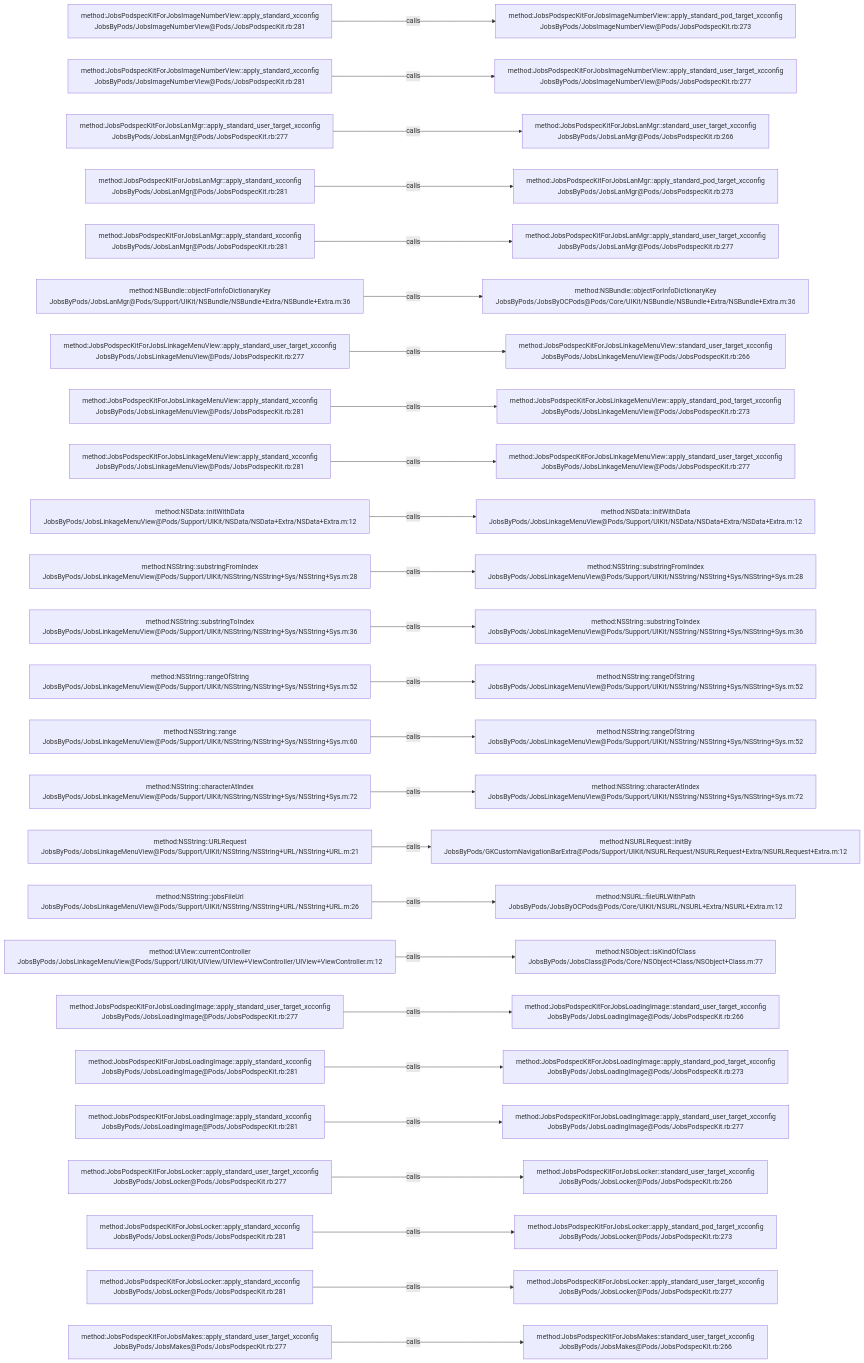
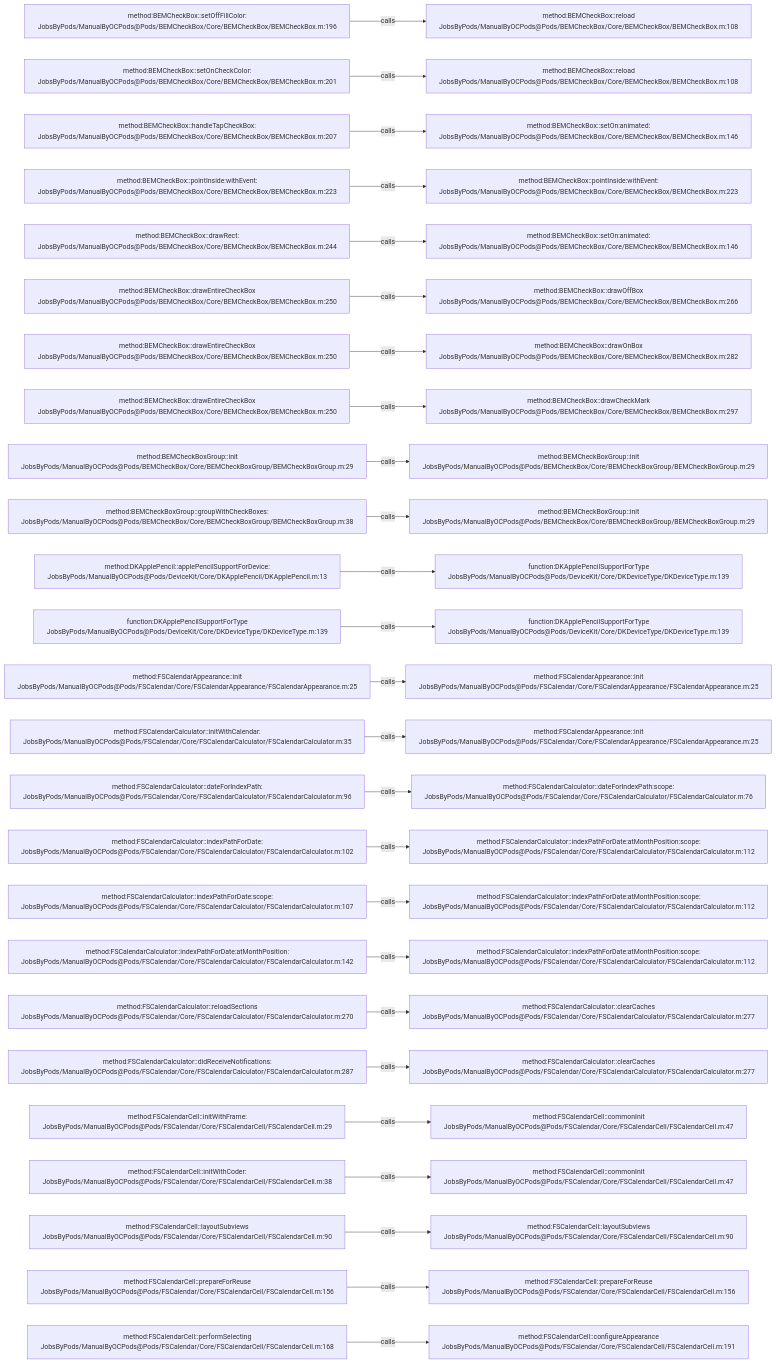
The diagram in .codegraph/codegraph.md/graphs/calls-009.md (JobsKits/JobsOCBaseConfigDemo), drawn with Mermaid before and after one commit. The commit also changed 1448 other files, not shown here.

````diff
--- a/.codegraph/codegraph.md/graphs/calls-009.md
+++ b/.codegraph/codegraph.md/graphs/calls-009.md
@@ -13,78 +13,78 @@
 ```mermaid
 flowchart LR
-  S1["method:JobsPodspecKitForJobsImageNumberView::apply_standard_xcconfig<br/>JobsByPods/JobsImageNumberView@Pods/JobsPodspecKit.rb:281"]
-  T1["method:JobsPodspecKitForJobsImageNumberView::apply_standard_pod_target_xcconfig<br/>JobsByPods/JobsImageNumberView@Pods/JobsPodspecKit.rb:273"]
+  S1["method:BEMCheckBox::setOffFillColor:<br/>JobsByPods/ManualByOCPods@Pods/BEMCheckBox/Core/BEMCheckBox/BEMCheckBox.m:196"]
+  T1["method:BEMCheckBox::reload<br/>JobsByPods/ManualByOCPods@Pods/BEMCheckBox/Core/BEMCheckBox/BEMCheckBox.m:108"]
   S1 -->|calls| T1
-  S2["method:JobsPodspecKitForJobsImageNumberView::apply_standard_xcconfig<br/>JobsByPods/JobsImageNumberView@Pods/JobsPodspecKit.rb:281"]
-  T2["method:JobsPodspecKitForJobsImageNumberView::apply_standard_user_target_xcconfig<br/>JobsByPods/JobsImageNumberView@Pods/JobsPodspecKit.rb:277"]
+  S2["method:BEMCheckBox::setOnCheckColor:<br/>JobsByPods/ManualByOCPods@Pods/BEMCheckBox/Core/BEMCheckBox/BEMCheckBox.m:201"]
+  T2["method:BEMCheckBox::reload<br/>JobsByPods/ManualByOCPods@Pods/BEMCheckBox/Core/BEMCheckBox/BEMCheckBox.m:108"]
   S2 -->|calls| T2
-  S3["method:JobsPodspecKitForJobsLanMgr::apply_standard_user_target_xcconfig<br/>JobsByPods/JobsLanMgr@Pods/JobsPodspecKit.rb:277"]
-  T3["method:JobsPodspecKitForJobsLanMgr::standard_user_target_xcconfig<br/>JobsByPods/JobsLanMgr@Pods/JobsPodspecKit.rb:266"]
+  S3["method:BEMCheckBox::handleTapCheckBox:<br/>JobsByPods/ManualByOCPods@Pods/BEMCheckBox/Core/BEMCheckBox/BEMCheckBox.m:207"]
+  T3["method:BEMCheckBox::setOn:animated:<br/>JobsByPods/ManualByOCPods@Pods/BEMCheckBox/Core/BEMCheckBox/BEMCheckBox.m:146"]
   S3 -->|calls| T3
-  S4["method:JobsPodspecKitForJobsLanMgr::apply_standard_xcconfig<br/>JobsByPods/JobsLanMgr@Pods/JobsPodspecKit.rb:281"]
-  T4["method:JobsPodspecKitForJobsLanMgr::apply_standard_pod_target_xcconfig<br/>JobsByPods/JobsLanMgr@Pods/JobsPodspecKit.rb:273"]
+  S4["method:BEMCheckBox::pointInside:withEvent:<br/>JobsByPods/ManualByOCPods@Pods/BEMCheckBox/Core/BEMCheckBox/BEMCheckBox.m:223"]
+  T4["method:BEMCheckBox::pointInside:withEvent:<br/>JobsByPods/ManualByOCPods@Pods/BEMCheckBox/Core/BEMCheckBox/BEMCheckBox.m:223"]
   S4 -->|calls| T4
-  S5["method:JobsPodspecKitForJobsLanMgr::apply_standard_xcconfig<br/>JobsByPods/JobsLanMgr@Pods/JobsPodspecKit.rb:281"]
-  T5["method:JobsPodspecKitForJobsLanMgr::apply_standard_user_target_xcconfig<br/>JobsByPods/JobsLanMgr@Pods/JobsPodspecKit.rb:277"]
+  S5["method:BEMCheckBox::drawRect:<br/>JobsByPods/ManualByOCPods@Pods/BEMCheckBox/Core/BEMCheckBox/BEMCheckBox.m:244"]
+  T5["method:BEMCheckBox::setOn:animated:<br/>JobsByPods/ManualByOCPods@Pods/BEMCheckBox/Core/BEMCheckBox/BEMCheckBox.m:146"]
   S5 -->|calls| T5
-  S6["method:NSBundle::objectForInfoDictionaryKey<br/>JobsByPods/JobsLanMgr@Pods/Support/UIKit/NSBundle/NSBundle+Extra/NSBundle+Extra.m:36"]
-  T6["method:NSBundle::objectForInfoDictionaryKey<br/>JobsByPods/JobsByOCPods@Pods/Core/UIKit/NSBundle/NSBundle+Extra/NSBundle+Extra.m:36"]
+  S6["method:BEMCheckBox::drawEntireCheckBox<br/>JobsByPods/ManualByOCPods@Pods/BEMCheckBox/Core/BEMCheckBox/BEMCheckBox.m:250"]
+  T6["method:BEMCheckBox::drawOffBox<br/>JobsByPods/ManualByOCPods@Pods/BEMCheckBox/Core/BEMCheckBox/BEMCheckBox.m:266"]
   S6 -->|calls| T6
-  S7["method:JobsPodspecKitForJobsLinkageMenuView::apply_standard_user_target_xcconfig<br/>JobsByPods/JobsLinkageMenuView@Pods/JobsPodspecKit.rb:277"]
-  T7["method:JobsPodspecKitForJobsLinkageMenuView::standard_user_target_xcconfig<br/>JobsByPods/JobsLinkageMenuView@Pods/JobsPodspecKit.rb:266"]
+  S7["method:BEMCheckBox::drawEntireCheckBox<br/>JobsByPods/ManualByOCPods@Pods/BEMCheckBox/Core/BEMCheckBox/BEMCheckBox.m:250"]
+  T7["method:BEMCheckBox::drawOnBox<br/>JobsByPods/ManualByOCPods@Pods/BEMCheckBox/Core/BEMCheckBox/BEMCheckBox.m:282"]
   S7 -->|calls| T7
-  S8["method:JobsPodspecKitForJobsLinkageMenuView::apply_standard_xcconfig<br/>JobsByPods/JobsLinkageMenuView@Pods/JobsPodspecKit.rb:281"]
-  T8["method:JobsPodspecKitForJobsLinkageMenuView::apply_standard_pod_target_xcconfig<br/>JobsByPods/JobsLinkageMenuView@Pods/JobsPodspecKit.rb:273"]
+  S8["method:BEMCheckBox::drawEntireCheckBox<br/>JobsByPods/ManualByOCPods@Pods/BEMCheckBox/Core/BEMCheckBox/BEMCheckBox.m:250"]
+  T8["method:BEMCheckBox::drawCheckMark<br/>JobsByPods/ManualByOCPods@Pods/BEMCheckBox/Core/BEMCheckBox/BEMCheckBox.m:297"]
   S8 -->|calls| T8
-  S9["method:JobsPodspecKitForJobsLinkageMenuView::apply_standard_xcconfig<br/>JobsByPods/JobsLinkageMenuView@Pods/JobsPodspecKit.rb:281"]
-  T9["method:JobsPodspecKitForJobsLinkageMenuView::apply_standard_user_target_xcconfig<br/>JobsByPods/JobsLinkageMenuView@Pods/JobsPodspecKit.rb:277"]
+  S9["method:BEMCheckBoxGroup::init<br/>JobsByPods/ManualByOCPods@Pods/BEMCheckBox/Core/BEMCheckBoxGroup/BEMCheckBoxGroup.m:29"]
+  T9["method:BEMCheckBoxGroup::init<br/>JobsByPods/ManualByOCPods@Pods/BEMCheckBox/Core/BEMCheckBoxGroup/BEMCheckBoxGroup.m:29"]
   S9 -->|calls| T9
-  S10["method:NSData::initWithData<br/>JobsByPods/JobsLinkageMenuView@Pods/Support/UIKit/NSData/NSData+Extra/NSData+Extra.m:12"]
-  T10["method:NSData::initWithData<br/>JobsByPods/JobsLinkageMenuView@Pods/Support/UIKit/NSData/NSData+Extra/NSData+Extra.m:12"]
+  S10["method:BEMCheckBoxGroup::groupWithCheckBoxes:<br/>JobsByPods/ManualByOCPods@Pods/BEMCheckBox/Core/BEMCheckBoxGroup/BEMCheckBoxGroup.m:38"]
+  T10["method:BEMCheckBoxGroup::init<br/>JobsByPods/ManualByOCPods@Pods/BEMCheckBox/Core/BEMCheckBoxGroup/BEMCheckBoxGroup.m:29"]
   S10 -->|calls| T10
-  S11["method:NSString::substringFromIndex<br/>JobsByPods/JobsLinkageMenuView@Pods/Support/UIKit/NSString/NSString+Sys/NSString+Sys.m:28"]
-  T11["method:NSString::substringFromIndex<br/>JobsByPods/JobsLinkageMenuView@Pods/Support/UIKit/NSString/NSString+Sys/NSString+Sys.m:28"]
+  S11["method:DKApplePencil::applePencilSupportForDevice:<br/>JobsByPods/ManualByOCPods@Pods/DeviceKit/Core/DKApplePencil/DKApplePencil.m:13"]
+  T11["function:DKApplePencilSupportForType<br/>JobsByPods/ManualByOCPods@Pods/DeviceKit/Core/DKDeviceType/DKDeviceType.m:139"]
   S11 -->|calls| T11
-  S12["method:NSString::substringToIndex<br/>JobsByPods/JobsLinkageMenuView@Pods/Support/UIKit/NSString/NSString+Sys/NSString+Sys.m:36"]
-  T12["method:NSString::substringToIndex<br/>JobsByPods/JobsLinkageMenuView@Pods/Support/UIKit/NSString/NSString+Sys/NSString+Sys.m:36"]
+  S12["function:DKApplePencilSupportForType<br/>JobsByPods/ManualByOCPods@Pods/DeviceKit/Core/DKDeviceType/DKDeviceType.m:139"]
+  T12["function:DKApplePencilSupportForType<br/>JobsByPods/ManualByOCPods@Pods/DeviceKit/Core/DKDeviceType/DKDeviceType.m:139"]
   S12 -->|calls| T12
-  S13["method:NSString::rangeOfString<br/>JobsByPods/JobsLinkageMenuView@Pods/Support/UIKit/NSString/NSString+Sys/NSString+Sys.m:52"]
-  T13["method:NSString::rangeOfString<br/>JobsByPods/JobsLinkageMenuView@Pods/Support/UIKit/NSString/NSString+Sys/NSString+Sys.m:52"]
+  S13["method:FSCalendarAppearance::init<br/>JobsByPods/ManualByOCPods@Pods/FSCalendar/Core/FSCalendarAppearance/FSCalendarAppearance.m:25"]
+  T13["method:FSCalendarAppearance::init<br/>JobsByPods/ManualByOCPods@Pods/FSCalendar/Core/FSCalendarAppearance/FSCalendarAppearance.m:25"]
   S13 -->|calls| T13
-  S14["method:NSString::range<br/>JobsByPods/JobsLinkageMenuView@Pods/Support/UIKit/NSString/NSString+Sys/NSString+Sys.m:60"]
-  T14["method:NSString::rangeOfString<br/>JobsByPods/JobsLinkageMenuView@Pods/Support/UIKit/NSString/NSString+Sys/NSString+Sys.m:52"]
+  S14["method:FSCalendarCalculator::initWithCalendar:<br/>JobsByPods/ManualByOCPods@Pods/FSCalendar/Core/FSCalendarCalculator/FSCalendarCalculator.m:35"]
+  T14["method:FSCalendarAppearance::init<br/>JobsByPods/ManualByOCPods@Pods/FSCalendar/Core/FSCalendarAppearance/FSCalendarAppearance.m:25"]
   S14 -->|calls| T14
-  S15["method:NSString::characterAtIndex<br/>JobsByPods/JobsLinkageMenuView@Pods/Support/UIKit/NSString/NSString+Sys/NSString+Sys.m:72"]
-  T15["method:NSString::characterAtIndex<br/>JobsByPods/JobsLinkageMenuView@Pods/Support/UIKit/NSString/NSString+Sys/NSString+Sys.m:72"]
+  S15["method:FSCalendarCalculator::dateForIndexPath:<br/>JobsByPods/ManualByOCPods@Pods/FSCalendar/Core/FSCalendarCalculator/FSCalendarCalculator.m:96"]
+  T15["method:FSCalendarCalculator::dateForIndexPath:scope:<br/>JobsByPods/ManualByOCPods@Pods/FSCalendar/Core/FSCalendarCalculator/FSCalendarCalculator.m:76"]
   S15 -->|calls| T15
-  S16["method:NSString::URLRequest<br/>JobsByPods/JobsLinkageMenuView@Pods/Support/UIKit/NSString/NSString+URL/NSString+URL.m:21"]
-  T16["method:NSURLRequest::initBy<br/>JobsByPods/GKCustomNavigationBarExtra@Pods/Support/UIKit/NSURLRequest/NSURLRequest+Extra/NSURLRequest+Extra.m:12"]
+  S16["method:FSCalendarCalculator::indexPathForDate:<br/>JobsByPods/ManualByOCPods@Pods/FSCalendar/Core/FSCalendarCalculator/FSCalendarCalculator.m:102"]
+  T16["method:FSCalendarCalculator::indexPathForDate:atMonthPosition:scope:<br/>JobsByPods/ManualByOCPods@Pods/FSCalendar/Core/FSCalendarCalculator/FSCalendarCalculator.m:112"]
   S16 -->|calls| T16
-  S17["method:NSString::jobsFileUrl<br/>JobsByPods/JobsLinkageMenuView@Pods/Support/UIKit/NSString/NSString+URL/NSString+URL.m:26"]
-  T17["method:NSURL::fileURLWithPath<br/>JobsByPods/JobsByOCPods@Pods/Core/UIKit/NSURL/NSURL+Extra/NSURL+Extra.m:12"]
+  S17["method:FSCalendarCalculator::indexPathForDate:scope:<br/>JobsByPods/ManualByOCPods@Pods/FSCalendar/Core/FSCalendarCalculator/FSCalendarCalculator.m:107"]
+  T17["method:FSCalendarCalculator::indexPathForDate:atMonthPosition:scope:<br/>JobsByPods/ManualByOCPods@Pods/FSCalendar/Core/FSCalendarCalculator/FSCalendarCalculator.m:112"]
   S17 -->|calls| T17
-  S18["method:UIView::currentController<br/>JobsByPods/JobsLinkageMenuView@Pods/Support/UIKit/UIView/UIView+ViewController/UIView+ViewController.m:12"]
-  T18["method:NSObject::isKindOfClass<br/>JobsByPods/JobsClass@Pods/Core/NSObject+Class/NSObject+Class.m:77"]
+  S18["method:FSCalendarCalculator::indexPathForDate:atMonthPosition:<br/>JobsByPods/ManualByOCPods@Pods/FSCalendar/Core/FSCalendarCalculator/FSCalendarCalculator.m:142"]
+  T18["method:FSCalendarCalculator::indexPathForDate:atMonthPosition:scope:<br/>JobsByPods/ManualByOCPods@Pods/FSCalendar/Core/FSCalendarCalculator/FSCalendarCalculator.m:112"]
   S18 -->|calls| T18
-  S19["method:JobsPodspecKitForJobsLoadingImage::apply_standard_user_target_xcconfig<br/>JobsByPods/JobsLoadingImage@Pods/JobsPodspecKit.rb:277"]
-  T19["method:JobsPodspecKitForJobsLoadingImage::standard_user_target_xcconfig<br/>JobsByPods/JobsLoadingImage@Pods/JobsPodspecKit.rb:266"]
+  S19["method:FSCalendarCalculator::reloadSections<br/>JobsByPods/ManualByOCPods@Pods/FSCalendar/Core/FSCalendarCalculator/FSCalendarCalculator.m:270"]
+  T19["method:FSCalendarCalculator::clearCaches<br/>JobsByPods/ManualByOCPods@Pods/FSCalendar/Core/FSCalendarCalculator/FSCalendarCalculator.m:277"]
   S19 -->|calls| T19
-  S20["method:JobsPodspecKitForJobsLoadingImage::apply_standard_xcconfig<br/>JobsByPods/JobsLoadingImage@Pods/JobsPodspecKit.rb:281"]
-  T20["method:JobsPodspecKitForJobsLoadingImage::apply_standard_pod_target_xcconfig<br/>JobsByPods/JobsLoadingImage@Pods/JobsPodspecKit.rb:273"]
+  S20["method:FSCalendarCalculator::didReceiveNotifications:<br/>JobsByPods/ManualByOCPods@Pods/FSCalendar/Core/FSCalendarCalculator/FSCalendarCalculator.m:287"]
+  T20["method:FSCalendarCalculator::clearCaches<br/>JobsByPods/ManualByOCPods@Pods/FSCalendar/Core/FSCalendarCalculator/FSCalendarCalculator.m:277"]
   S20 -->|calls| T20
-  S21["method:JobsPodspecKitForJobsLoadingImage::apply_standard_xcconfig<br/>JobsByPods/JobsLoadingImage@Pods/JobsPodspecKit.rb:281"]
-  T21["method:JobsPodspecKitForJobsLoadingImage::apply_standard_user_target_xcconfig<br/>JobsByPods/JobsLoadingImage@Pods/JobsPodspecKit.rb:277"]
+  S21["method:FSCalendarCell::initWithFrame:<br/>JobsByPods/ManualByOCPods@Pods/FSCalendar/Core/FSCalendarCell/FSCalendarCell.m:29"]
+  T21["method:FSCalendarCell::commonInit<br/>JobsByPods/ManualByOCPods@Pods/FSCalendar/Core/FSCalendarCell/FSCalendarCell.m:47"]
   S21 -->|calls| T21
-  S22["method:JobsPodspecKitForJobsLocker::apply_standard_user_target_xcconfig<br/>JobsByPods/JobsLocker@Pods/JobsPodspecKit.rb:277"]
-  T22["method:JobsPodspecKitForJobsLocker::standard_user_target_xcconfig<br/>JobsByPods/JobsLocker@Pods/JobsPodspecKit.rb:266"]
+  S22["method:FSCalendarCell::initWithCoder:<br/>JobsByPods/ManualByOCPods@Pods/FSCalendar/Core/FSCalendarCell/FSCalendarCell.m:38"]
+  T22["method:FSCalendarCell::commonInit<br/>JobsByPods/ManualByOCPods@Pods/FSCalendar/Core/FSCalendarCell/FSCalendarCell.m:47"]
   S22 -->|calls| T22
-  S23["method:JobsPodspecKitForJobsLocker::apply_standard_xcconfig<br/>JobsByPods/JobsLocker@Pods/JobsPodspecKit.rb:281"]
-  T23["method:JobsPodspecKitForJobsLocker::apply_standard_pod_target_xcconfig<br/>JobsByPods/JobsLocker@Pods/JobsPodspecKit.rb:273"]
+  S23["method:FSCalendarCell::layoutSubviews<br/>JobsByPods/ManualByOCPods@Pods/FSCalendar/Core/FSCalendarCell/FSCalendarCell.m:90"]
+  T23["method:FSCalendarCell::layoutSubviews<br/>JobsByPods/ManualByOCPods@Pods/FSCalendar/Core/FSCalendarCell/FSCalendarCell.m:90"]
   S23 -->|calls| T23
-  S24["method:JobsPodspecKitForJobsLocker::apply_standard_xcconfig<br/>JobsByPods/JobsLocker@Pods/JobsPodspecKit.rb:281"]
-  T24["method:JobsPodspecKitForJobsLocker::apply_standard_user_target_xcconfig<br/>JobsByPods/JobsLocker@Pods/JobsPodspecKit.rb:277"]
+  S24["method:FSCalendarCell::prepareForReuse<br/>JobsByPods/ManualByOCPods@Pods/FSCalendar/Core/FSCalendarCell/FSCalendarCell.m:156"]
+  T24["method:FSCalendarCell::prepareForReuse<br/>JobsByPods/ManualByOCPods@Pods/FSCalendar/Core/FSCalendarCell/FSCalendarCell.m:156"]
   S24 -->|calls| T24
-  S25["method:JobsPodspecKitForJobsMakes::apply_standard_user_target_xcconfig<br/>JobsByPods/JobsMakes@Pods/JobsPodspecKit.rb:277"]
-  T25["method:JobsPodspecKitForJobsMakes::standard_user_target_xcconfig<br/>JobsByPods/JobsMakes@Pods/JobsPodspecKit.rb:266"]
+  S25["method:FSCalendarCell::performSelecting<br/>JobsByPods/ManualByOCPods@Pods/FSCalendar/Core/FSCalendarCell/FSCalendarCell.m:168"]
+  T25["method:FSCalendarCell::configureAppearance<br/>JobsByPods/ManualByOCPods@Pods/FSCalendar/Core/FSCalendarCell/FSCalendarCell.m:191"]
   S25 -->|calls| T25
 ```
````
